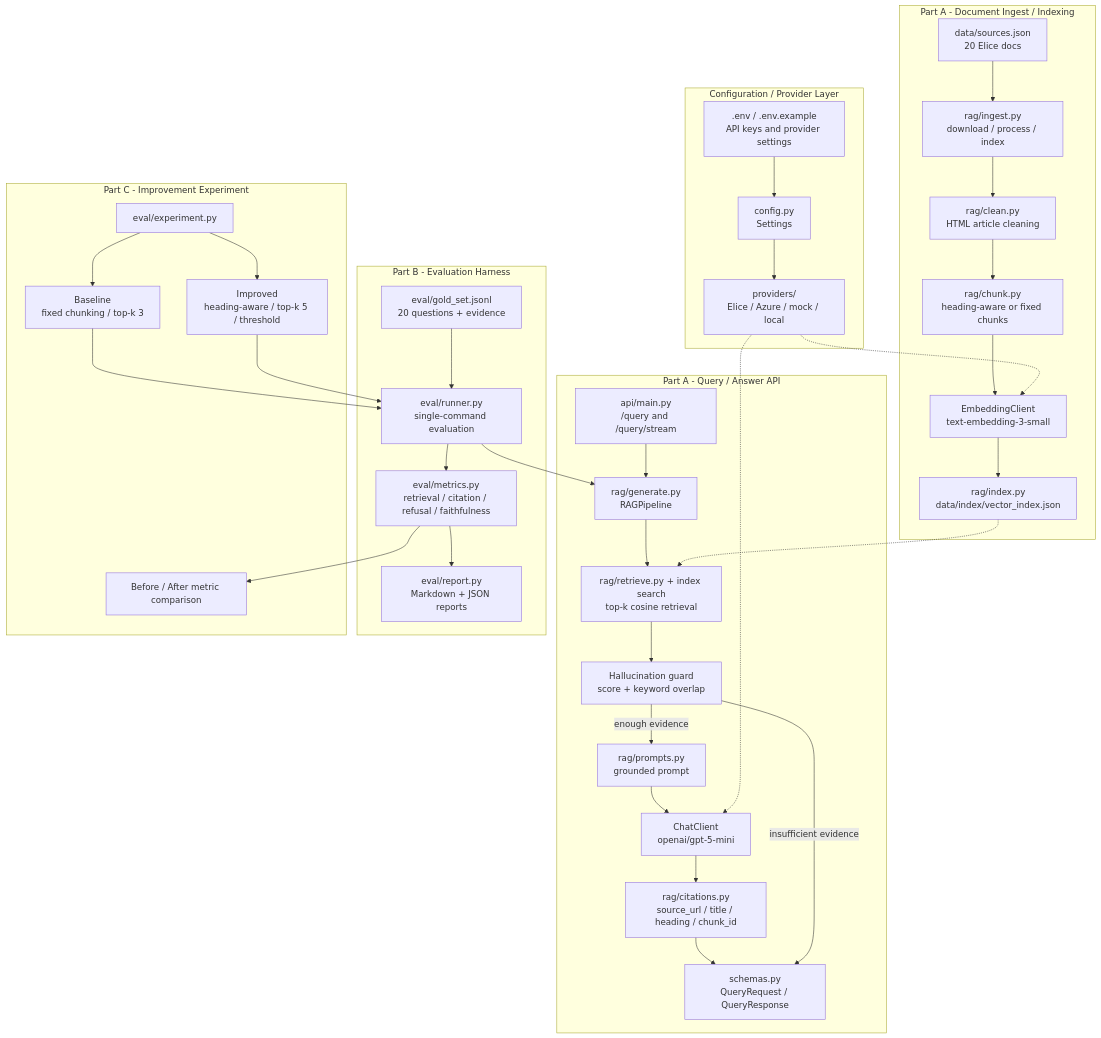
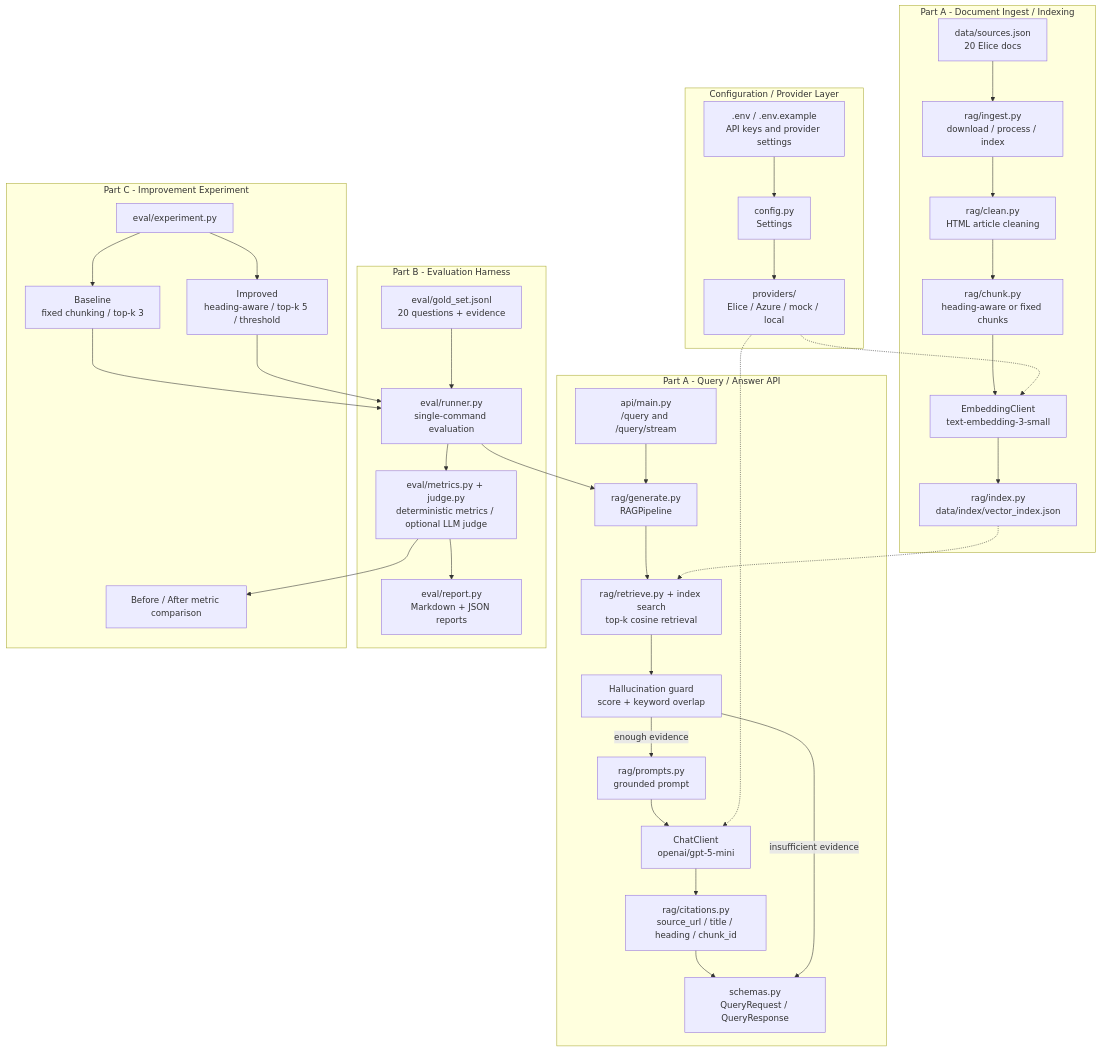
The diagram in README.md (skytin1004/elice-ai-cloud-rag-qa), drawn with Mermaid before and after one commit. The commit also changed other lines of this file and 1 other file, not shown here.

Commit message:
docs: document llm judge evaluation

````diff
--- a/README.md
+++ b/README.md
@@ -34,56 +34,56 @@
 ```mermaid
 flowchart TB
     subgraph P0["Configuration / Provider Layer"]
         ENV[".env / .env.example<br/>API keys and provider settings"]
         CFG["config.py<br/>Settings"]
         PROV["providers/<br/>Elice / Azure / mock / local"]
         ENV --> CFG --> PROV
     end
 
     subgraph A1["Part A - Document Ingest / Indexing"]
         SRC["data/sources.json<br/>20 Elice docs"]
         ING["rag/ingest.py<br/>download / process / index"]
         CLEAN["rag/clean.py<br/>HTML article cleaning"]
         CHUNK["rag/chunk.py<br/>heading-aware or fixed chunks"]
         EMB["EmbeddingClient<br/>text-embedding-3-small"]
         IDX["rag/index.py<br/>data/index/vector_index.json"]
         SRC --> ING --> CLEAN --> CHUNK --> EMB --> IDX
     end
 
     subgraph A2["Part A - Query / Answer API"]
         API["api/main.py<br/>/query and /query/stream"]
         PIPE["rag/generate.py<br/>RAGPipeline"]
         RET["rag/retrieve.py + index search<br/>top-k cosine retrieval"]
         GUARD["Hallucination guard<br/>score + keyword overlap"]
         PROMPT["rag/prompts.py<br/>grounded prompt"]
         CHAT["ChatClient<br/>openai/gpt-5-mini"]
         CITE["rag/citations.py<br/>source_url / title / heading / chunk_id"]
         RESP["schemas.py<br/>QueryRequest / QueryResponse"]
         API --> PIPE --> RET --> GUARD
         GUARD -->|"enough evidence"| PROMPT --> CHAT --> CITE --> RESP
         GUARD -->|"insufficient evidence"| RESP
     end
 
     subgraph B1["Part B - Evaluation Harness"]
         GOLD["eval/gold_set.jsonl<br/>20 questions + evidence"]
         RUN["eval/runner.py<br/>single-command evaluation"]
-        MET["eval/metrics.py<br/>retrieval / citation / refusal / faithfulness"]
+        MET["eval/metrics.py + judge.py<br/>deterministic metrics / optional LLM judge"]
         REP["eval/report.py<br/>Markdown + JSON reports"]
         GOLD --> RUN --> PIPE
         RUN --> MET --> REP
     end
 
     subgraph C1["Part C - Improvement Experiment"]
         EXP["eval/experiment.py"]
         BASE["Baseline<br/>fixed chunking / top-k 3"]
         IMP["Improved<br/>heading-aware / top-k 5 / threshold"]
         COMP["Before / After metric comparison"]
         EXP --> BASE --> RUN
         EXP --> IMP --> RUN
         MET --> COMP
     end
 
     PROV -.-> EMB
     PROV -.-> CHAT
     IDX -.-> RET
 ```
````
